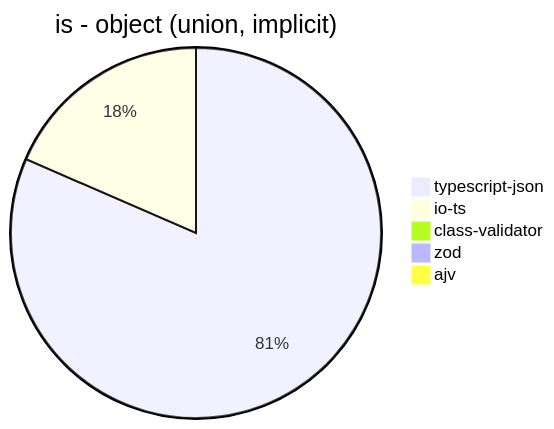
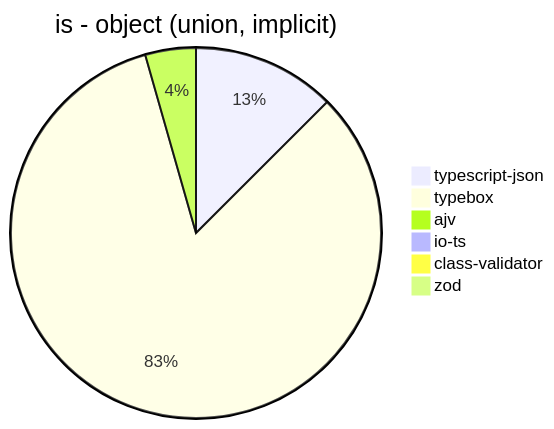
Before and after one commit to samchon/typia: the fourth of 39 diagrams in benchmark/results/11th Gen Intel(R) Core(TM) i5-1135G7 @ 2.40GHz.md, drawn with Mermaid. The commit also changed other lines of this file and 16 other files, not shown here.

````diff
--- a/benchmark/results/11th Gen Intel(R) Core(TM) i5-1135G7 @ 2.40GHz.md
+++ b/benchmark/results/11th Gen Intel(R) Core(TM) i5-1135G7 @ 2.40GHz.md
@@ -51,8 +54,9 @@
 ```mermaid
 pie title is - object (union, implicit)
-  "typescript-json": 14172.846237731734
-  "io-ts": 3212.3212321232127
-  "class-validator": 17.045454545454543
-  "zod": 51.97233127687418
-  "ajv": 0
+  "typescript-json": 11555.311355311356
+  "typebox": 76721.90013091452
+  "ajv": 4082.611100866679
+  "io-ts": 0
+  "class-validator": 16.37852593266606
+  "zod": 45.85798816568047
 ```
````
